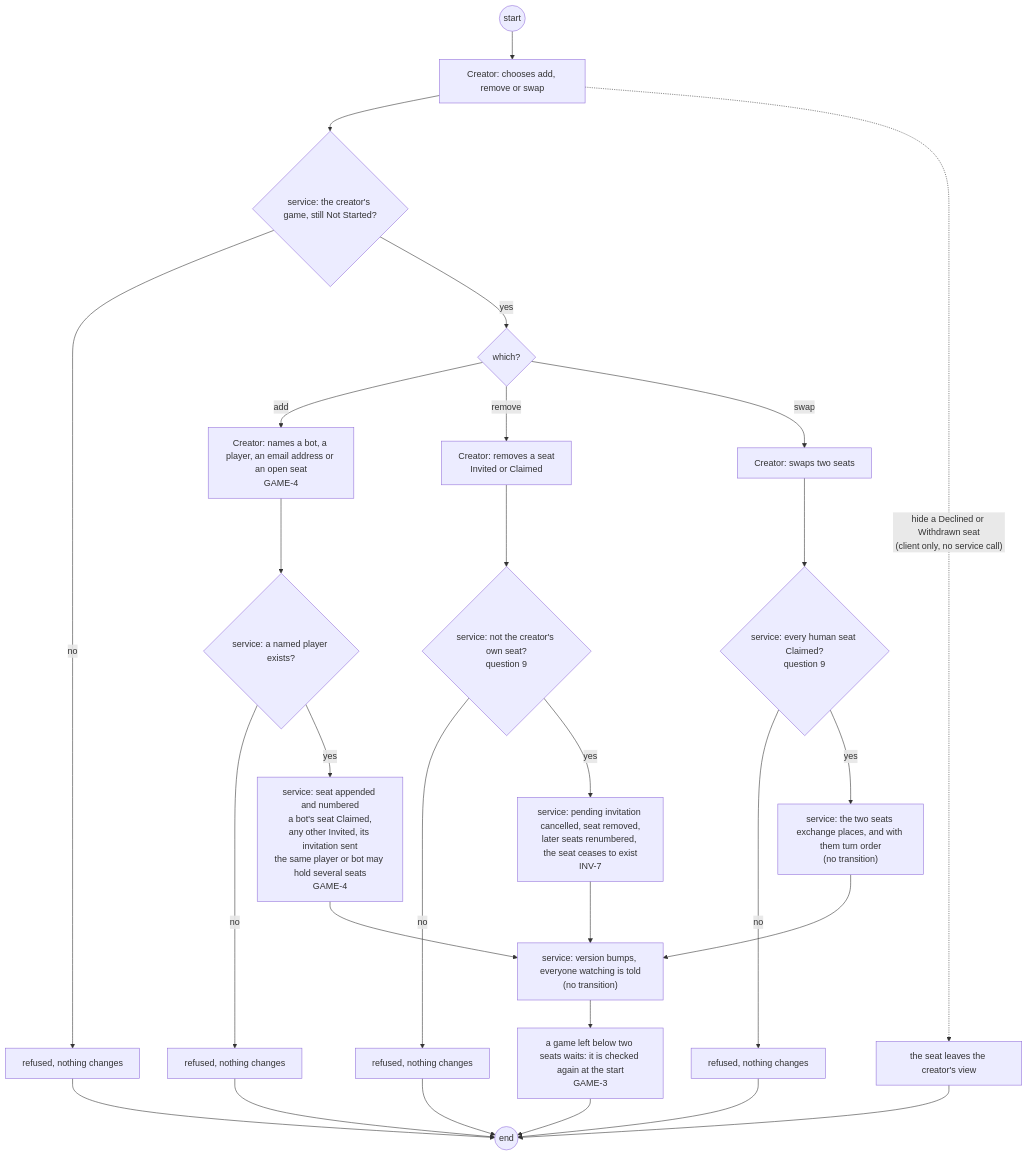
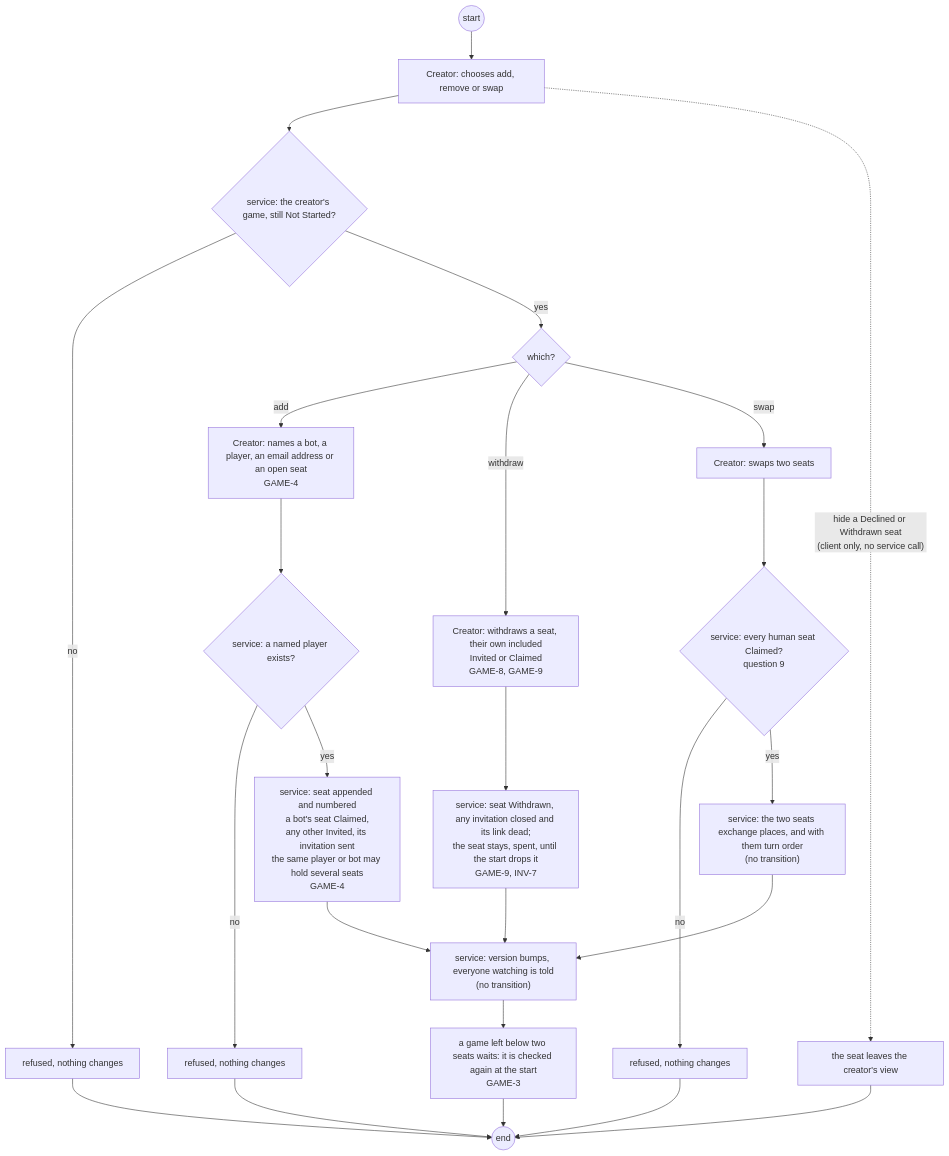
One commit to delphside/programme changed the tenth of 22 diagrams in docs/changes/workstreams/application-game-architecture/71-one-game-model/71-functional.md. Above: the diagram before and after it, drawn with Mermaid. The commit also changed other lines of this file and 2 other files, not shown here.

First line of the commit message:
app 0.9.2 api 2.16: GAME-8, GAME-9: creator is not a seat, a withdrawn seat is spent and never resent

````diff
--- a/docs/changes/workstreams/application-game-architecture/71-one-game-model/71-functional.md
+++ b/docs/changes/workstreams/application-game-architecture/71-one-game-model/71-functional.md
@@ -252,30 +254,27 @@
 ```mermaid
 flowchart TD
   s0((start)) --> c1["Creator: chooses add, remove or swap"]
   c1 --> v1{"service: the creator's game, still Not Started?"}
   v1 -- no --> r1["refused, nothing changes"]
   v1 -- yes --> d0{"which?"}
   d0 -- add --> c2["Creator: names a bot, a player, an email address or an open seat<br/>GAME-4"]
   c2 --> v2{"service: a named player exists?"}
   v2 -- no --> r2["refused, nothing changes"]
   v2 -- yes --> t1["service: seat appended and numbered<br/>a bot's seat Claimed,<br/>any other Invited, its invitation sent<br/>the same player or bot may hold several seats<br/>GAME-4"]
   c1 -. "hide a Declined or Withdrawn seat<br/>(client only, no service call)" .-> h1["the seat leaves the creator's view"]
   h1 --> e0
-  d0 -- remove --> c3["Creator: removes a seat<br/>Invited or Claimed"]
-  c3 --> v3{"service: not the creator's own seat?<br/>question 9"}
-  v3 -- no --> r3["refused, nothing changes"]
-  v3 -- yes --> t2["service: pending invitation cancelled, seat removed,<br/>later seats renumbered, the seat ceases to exist<br/>INV-7"]
+  d0 -- withdraw --> c3["Creator: withdraws a seat, their own included<br/>Invited or Claimed<br/>GAME-8, GAME-9"]
+  c3 --> t2["service: seat Withdrawn, any invitation closed and its link dead;<br/>the seat stays, spent, until the start drops it<br/>GAME-9, INV-7"]
   d0 -- swap --> c4["Creator: swaps two seats"]
   c4 --> v4{"service: every human seat Claimed?<br/>question 9"}
   v4 -- no --> r4["refused, nothing changes"]
   v4 -- yes --> t3["service: the two seats exchange places, and with them turn order<br/>(no transition)"]
   t1 --> t4["service: version bumps, everyone watching is told<br/>(no transition)"]
   t2 --> t4
   t3 --> t4
   t4 --> n0["a game left below two seats waits: it is checked again at the start<br/>GAME-3"]
   n0 --> e0((end))
   r1 --> e0
   r2 --> e0
-  r3 --> e0
   r4 --> e0
 ```
````
